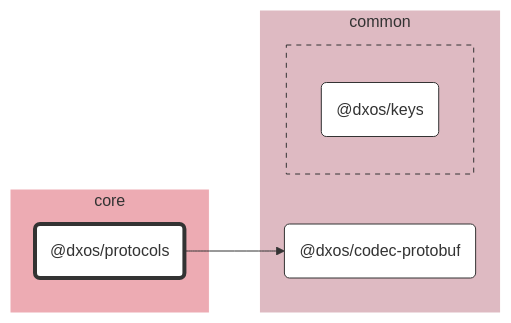
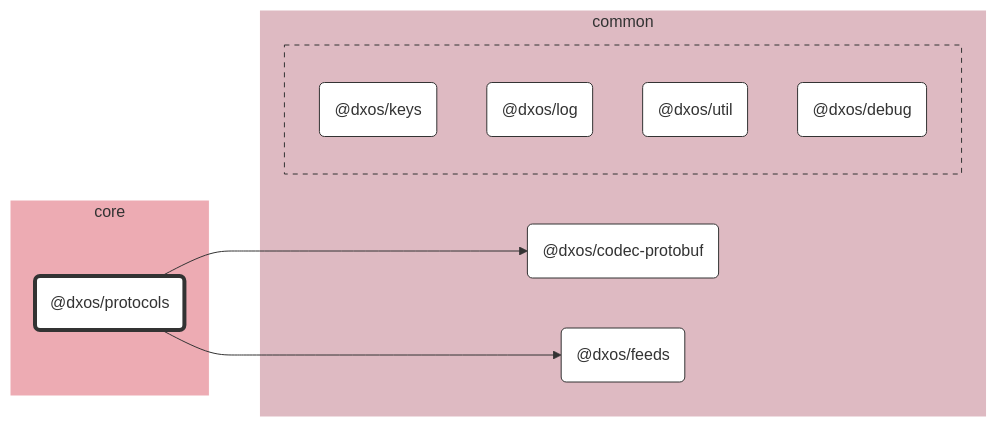
Before and after one commit to dxos/dxos: the diagram in packages/core/protocols/docs/README.md, drawn with Mermaid. The commit also changed other lines of this file and 64 other files, not shown here.

````diff
--- a/packages/core/protocols/docs/README.md
+++ b/packages/core/protocols/docs/README.md
@@ -7,33 +7,42 @@
 ```mermaid
 %%{ init: {'flowchart':{'curve':'basis'}} }%%
 
 flowchart LR
 
 %% Classes
 classDef def fill:#fff,stroke:#333,stroke-width:1px
 classDef root fill:#fff,stroke:#333,stroke-width:4px
 
 %% Nodes
 
 subgraph core [core]
   style core fill:#edabb3,stroke:#fff
   dxos/protocols("@dxos/protocols"):::root
   click dxos/protocols "dxos/dxos/tree/main/packages/core/protocols/docs"
 end
 
 subgraph common [common]
   style common fill:#debac2,stroke:#fff
   dxos/codec-protobuf("@dxos/codec-protobuf"):::def
   click dxos/codec-protobuf "dxos/dxos/tree/main/packages/common/codec-protobuf/docs"
+  dxos/feeds("@dxos/feeds"):::def
+  click dxos/feeds "dxos/dxos/tree/main/packages/common/feeds/docs"
 
   subgraph common-excluded [ ]
     style common-excluded fill:#debac2,stroke:#333,stroke-dasharray:5 5
     dxos/keys("@dxos/keys"):::def
     click dxos/keys "dxos/dxos/tree/main/packages/common/keys/docs"
+    dxos/log("@dxos/log"):::def
+    click dxos/log "dxos/dxos/tree/main/packages/common/log/docs"
+    dxos/util("@dxos/util"):::def
+    click dxos/util "dxos/dxos/tree/main/packages/common/util/docs"
+    dxos/debug("@dxos/debug"):::def
+    click dxos/debug "dxos/dxos/tree/main/packages/common/debug/docs"
   end
 end
 
 %% Links
 linkStyle default stroke:#333,stroke-width:1px
 dxos/protocols --> dxos/codec-protobuf
+dxos/protocols --> dxos/feeds
 ```
````
